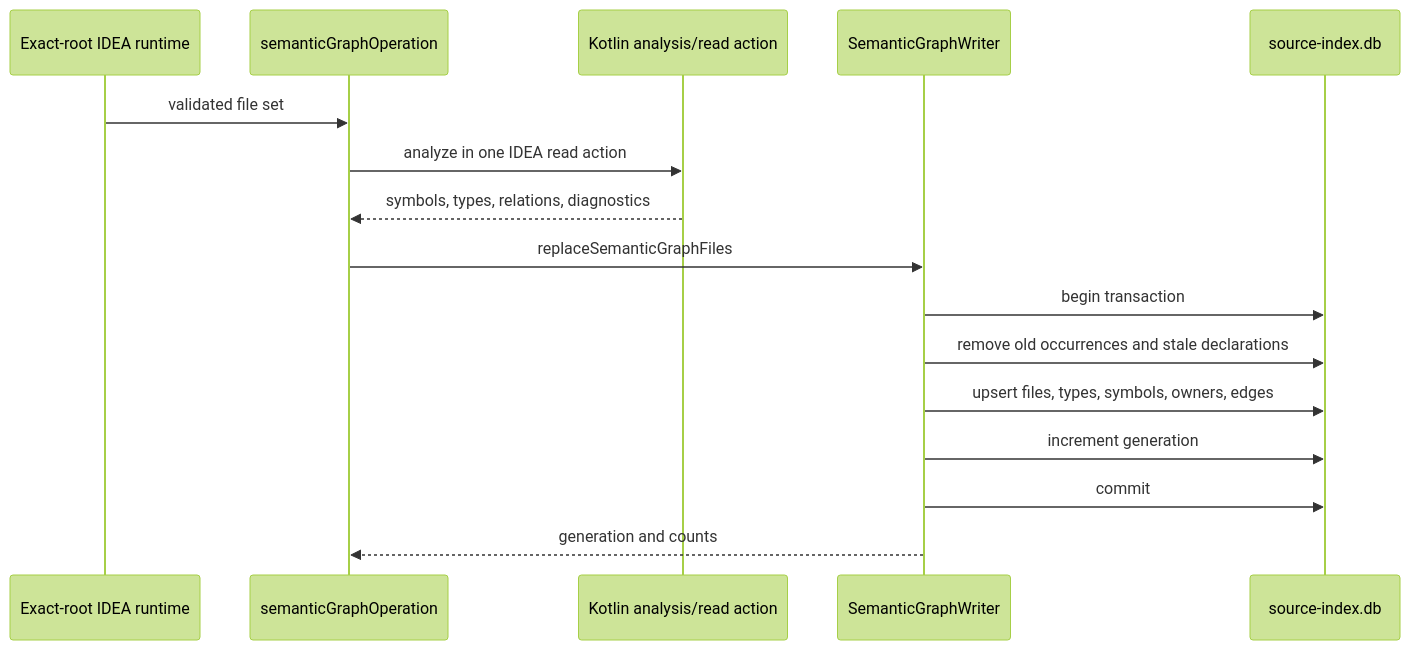
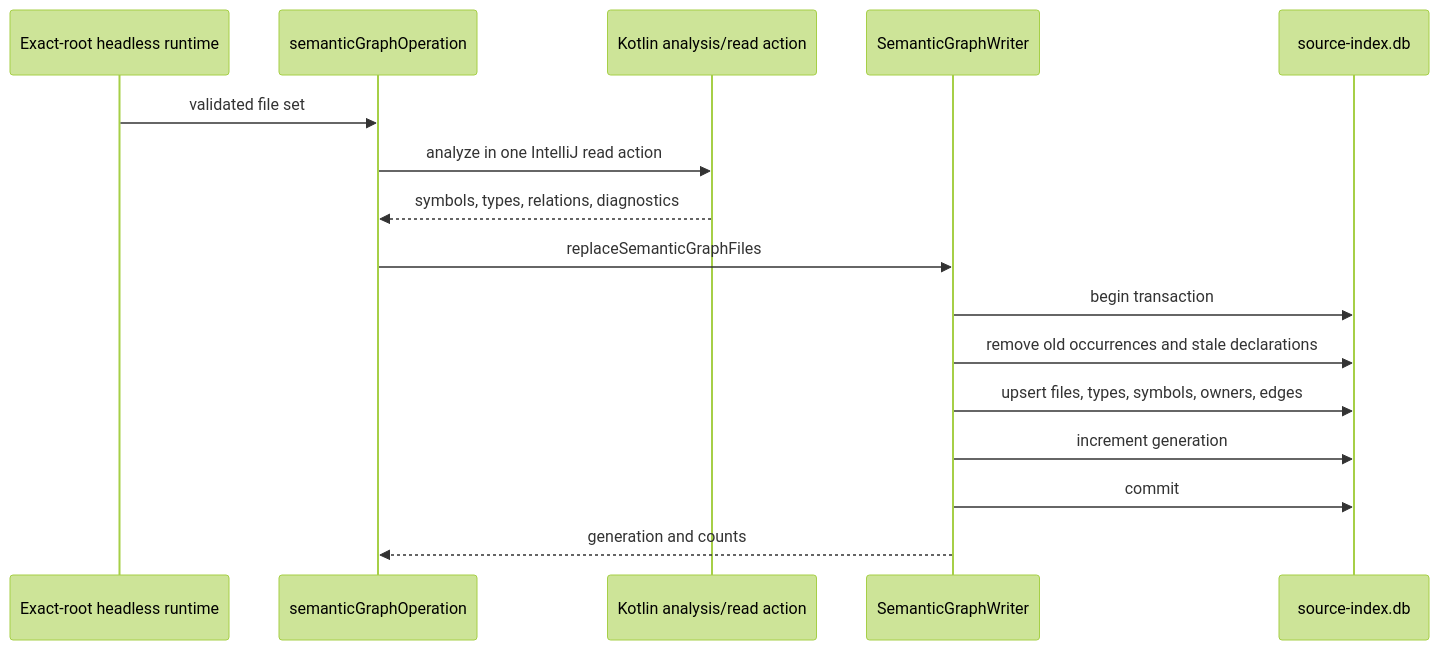
One commit to amichne/kast changed the first of 2 diagrams in docs/explanation/repository-intelligence.md. Above: the diagram before and after it, drawn with Mermaid (forest theme). The commit also changed other lines of this file and 352 other files, not shown here.

First line of the commit message:
feat: make headless runtime the sole semantic authority

````diff
--- a/docs/explanation/repository-intelligence.md
+++ b/docs/explanation/repository-intelligence.md
@@ -135,19 +136,19 @@
 ```mermaid
 sequenceDiagram
-    participant Runtime as Exact-root IDEA runtime
+    participant Runtime as Exact-root headless runtime
     participant Operation as semanticGraphOperation
     participant Compiler as Kotlin analysis/read action
     participant Writer as SemanticGraphWriter
     participant DB as source-index.db
 
     Runtime->>Operation: validated file set
-    Operation->>Compiler: analyze in one IDEA read action
+    Operation->>Compiler: analyze in one IntelliJ read action
     Compiler-->>Operation: symbols, types, relations, diagnostics
     Operation->>Writer: replaceSemanticGraphFiles
     Writer->>DB: begin transaction
     Writer->>DB: remove old occurrences and stale declarations
     Writer->>DB: upsert files, types, symbols, owners, edges
     Writer->>DB: increment generation
     Writer->>DB: commit
     Writer-->>Operation: generation and counts
 ```
````
